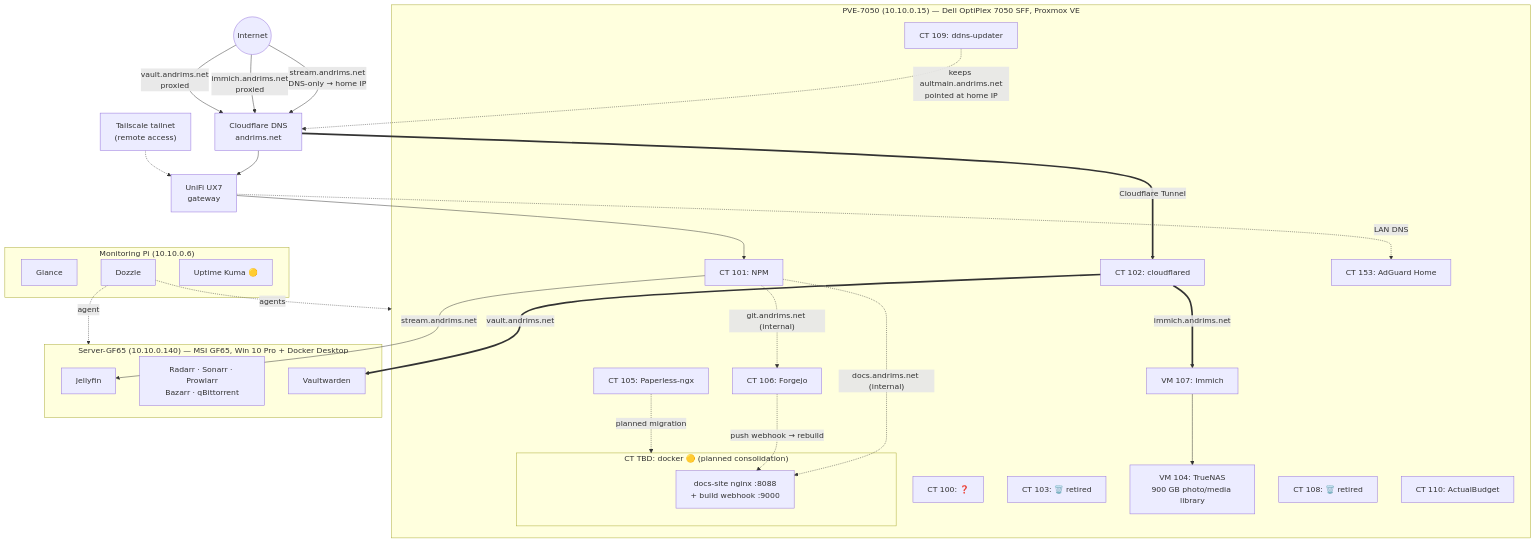
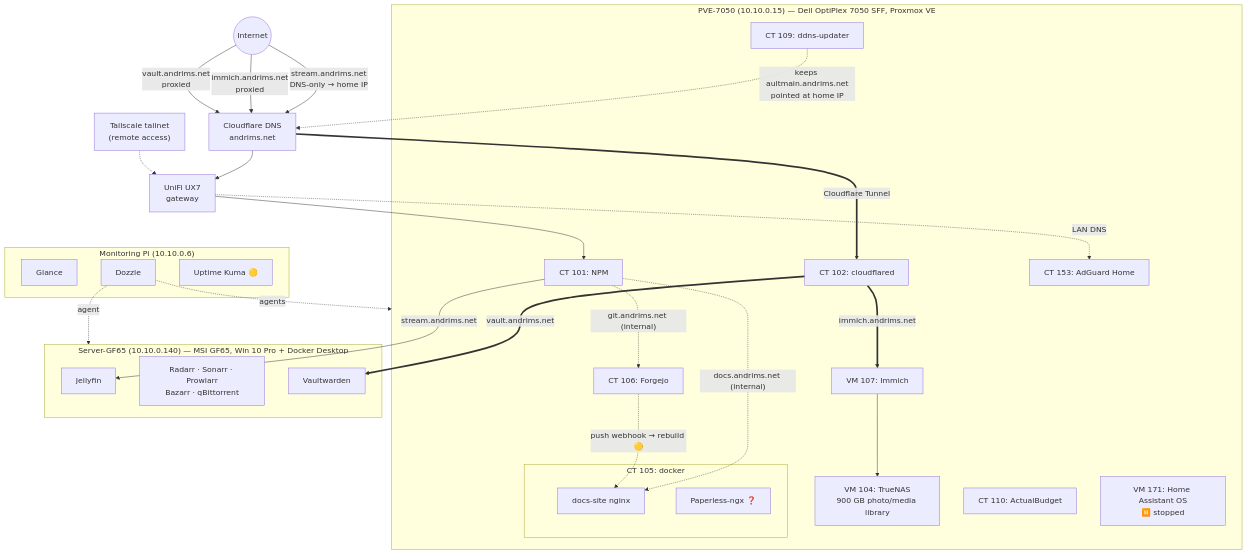
The diagram in docs/index.md (Aulteran/homelab-docs), drawn with Mermaid before and after one commit. The commit also changed other lines of this file and 17 other files, not shown here.

````diff
--- a/docs/index.md
+++ b/docs/index.md
@@ -40,57 +40,54 @@
 ```mermaid
 flowchart TB
     internet((Internet))
     cf["Cloudflare DNS<br/>andrims.net"]
     ts["Tailscale tailnet<br/>(remote access)"]
 
     internet -->|"stream.andrims.net<br/>DNS-only → home IP"| cf
     internet -->|"immich.andrims.net<br/>proxied"| cf
     internet -->|"vault.andrims.net<br/>proxied"| cf
     cf --> unifi["UniFi UX7<br/>gateway"]
     ts -.-> unifi
 
     subgraph pve["PVE-7050 (10.10.0.15) — Dell OptiPlex 7050 SFF, Proxmox VE"]
-        ct100["CT 100: ❓"]
         npm["CT 101: NPM"]
         cfd["CT 102: cloudflared"]
-        ct103["CT 103: 🗑️ retired"]
         truenas["VM 104: TrueNAS<br/>900 GB photo/media library"]
-        paperless["CT 105: Paperless-ngx"]
         forgejo["CT 106: Forgejo"]
         immich["VM 107: Immich"]
-        ct108["CT 108: 🗑️ retired"]
         ddns["CT 109: ddns-updater"]
         budget["CT 110: ActualBudget"]
         adguard["CT 153: AdGuard Home"]
-        subgraph newdocker["CT TBD: docker 🟡 (planned consolidation)"]
-            docs["docs-site nginx :8088<br/>+ build webhook :9000"]
+        haos["VM 171: Home Assistant OS<br/>⏸️ stopped"]
+        subgraph dockerct["CT 105: docker"]
+            docs["docs-site nginx"]
+            paperless["Paperless-ngx ❓"]
         end
     end
 
     subgraph gf65["Server-GF65 (10.10.0.140) — MSI GF65, Win 10 Pro + Docker Desktop"]
         jellyfin["Jellyfin"]
         arr["Radarr · Sonarr · Prowlarr<br/>Bazarr · qBittorrent"]
         vw["Vaultwarden"]
     end
 
     subgraph pi["Monitoring Pi (10.10.0.6)"]
         glance["Glance"]
         dozzle["Dozzle"]
         kuma["Uptime Kuma 🟡"]
     end
 
     unifi --> npm
     unifi -.->|LAN DNS| adguard
     cf ==>|"Cloudflare Tunnel"| cfd
     cfd ==>|immich.andrims.net| immich
     cfd ==>|vault.andrims.net| vw
     ddns -.->|"keeps aultmain.andrims.net<br/>pointed at home IP"| cf
     npm -->|stream.andrims.net| jellyfin
     npm -.->|"git.andrims.net (internal)"| forgejo
     npm -.->|"docs.andrims.net (internal)"| docs
-    paperless -.->|"planned migration"| newdocker
-    forgejo -.->|"push webhook → rebuild"| docs
+    forgejo -.->|"push webhook → rebuild 🟡"| docs
     immich --> truenas
     dozzle -.->|agent| gf65
     dozzle -.->|agents| pve
 ```
````
